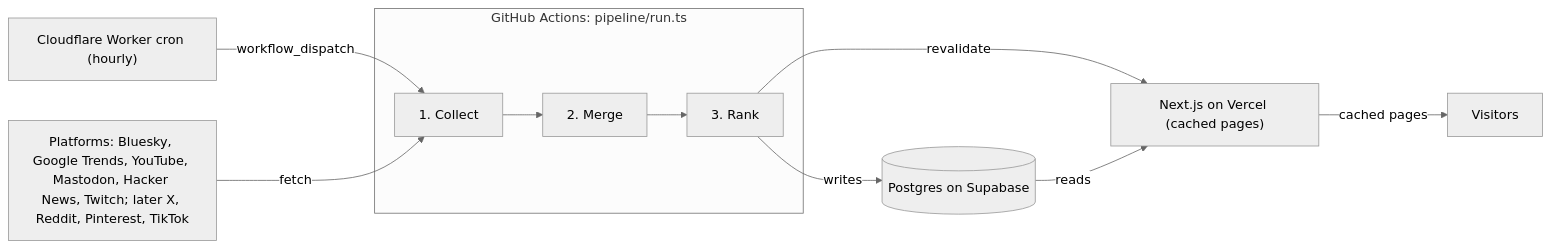
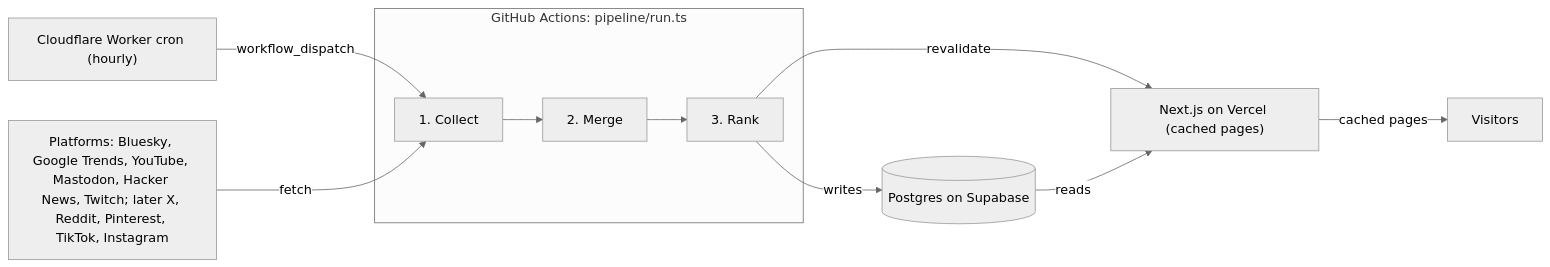
The diagram in PLAN.md (phongtran72/top10-trends), drawn with Mermaid (neutral theme) before and after one commit. The commit also changed other lines of this file and 18 other files, not shown here.

````diff
--- a/PLAN.md
+++ b/PLAN.md
@@ -54,17 +55,17 @@
 ```mermaid
 flowchart LR
   CF["Cloudflare Worker cron (hourly)"]
-  P["Platforms: Bluesky, Google Trends, YouTube, Mastodon, Hacker News, Twitch; later X, Reddit, Pinterest, TikTok"]
+  P["Platforms: Bluesky, Google Trends, YouTube, Mastodon, Hacker News, Twitch; later X, Reddit, Pinterest, TikTok, Instagram"]
   subgraph job ["GitHub Actions: pipeline/run.ts"]
     C["1. Collect"] --> M["2. Merge"] --> R["3. Rank"]
   end
   DB[("Postgres on Supabase")]
   V["Next.js on Vercel (cached pages)"]
   U["Visitors"]
   CF -- workflow_dispatch --> C
   P -- fetch --> C
   R -- writes --> DB
   R -- revalidate --> V
   DB -- reads --> V
   V -- cached pages --> U
 ```
````
